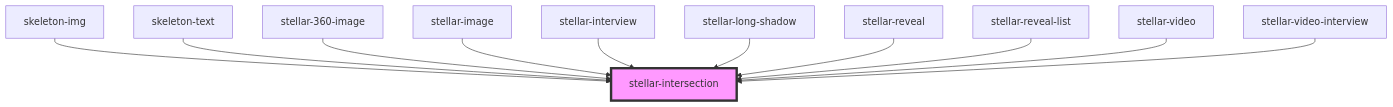
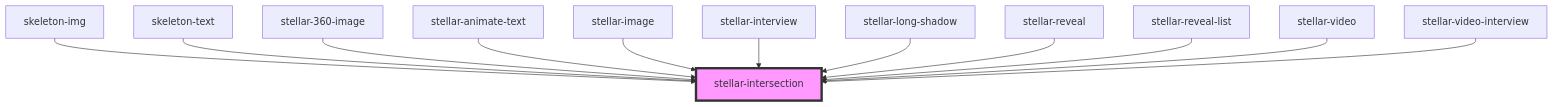
The diagram in src/components/helpers/intersection/readme.md (splitinfinities/Stellar), drawn with Mermaid before and after one commit. The commit also changed other lines of this file and 9 other files, not shown here.

Commit message:
feat: adding animate text component

````diff
--- a/src/components/helpers/intersection/readme.md
+++ b/src/components/helpers/intersection/readme.md
@@ -35,14 +36,15 @@
 ```mermaid
 graph TD;
   skeleton-img --> stellar-intersection
   skeleton-text --> stellar-intersection
   stellar-360-image --> stellar-intersection
+  stellar-animate-text --> stellar-intersection
   stellar-image --> stellar-intersection
   stellar-interview --> stellar-intersection
   stellar-long-shadow --> stellar-intersection
   stellar-reveal --> stellar-intersection
   stellar-reveal-list --> stellar-intersection
   stellar-video --> stellar-intersection
   stellar-video-interview --> stellar-intersection
   style stellar-intersection fill:#f9f,stroke:#333,stroke-width:4px
 ```
````
